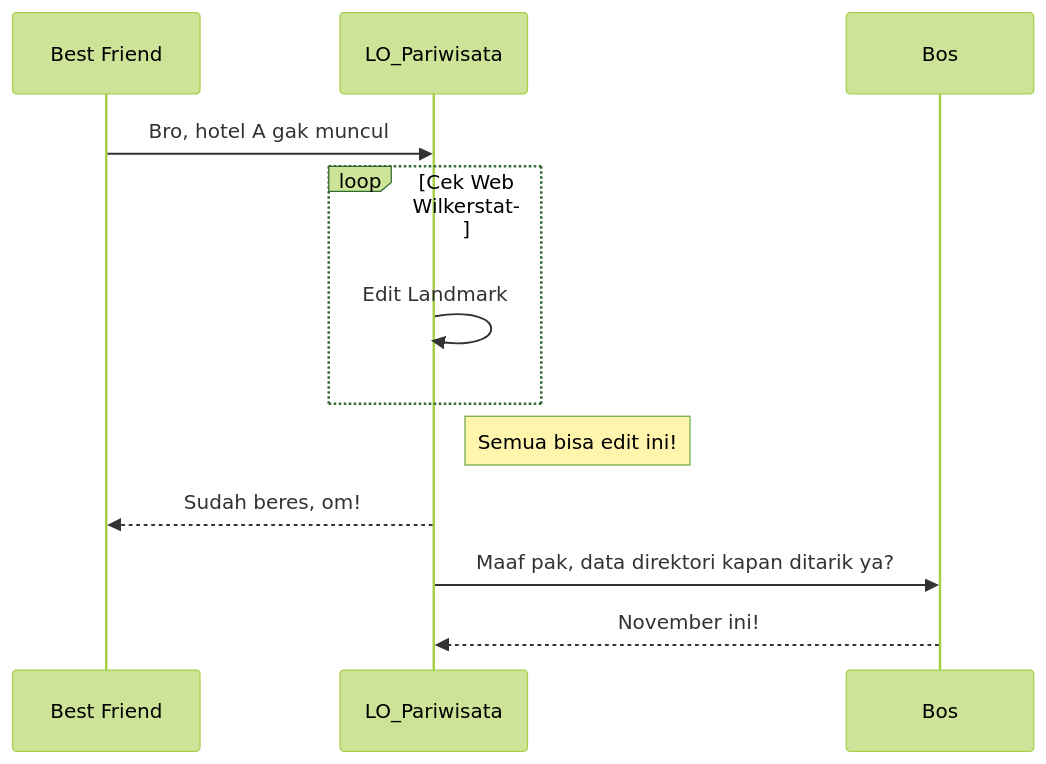
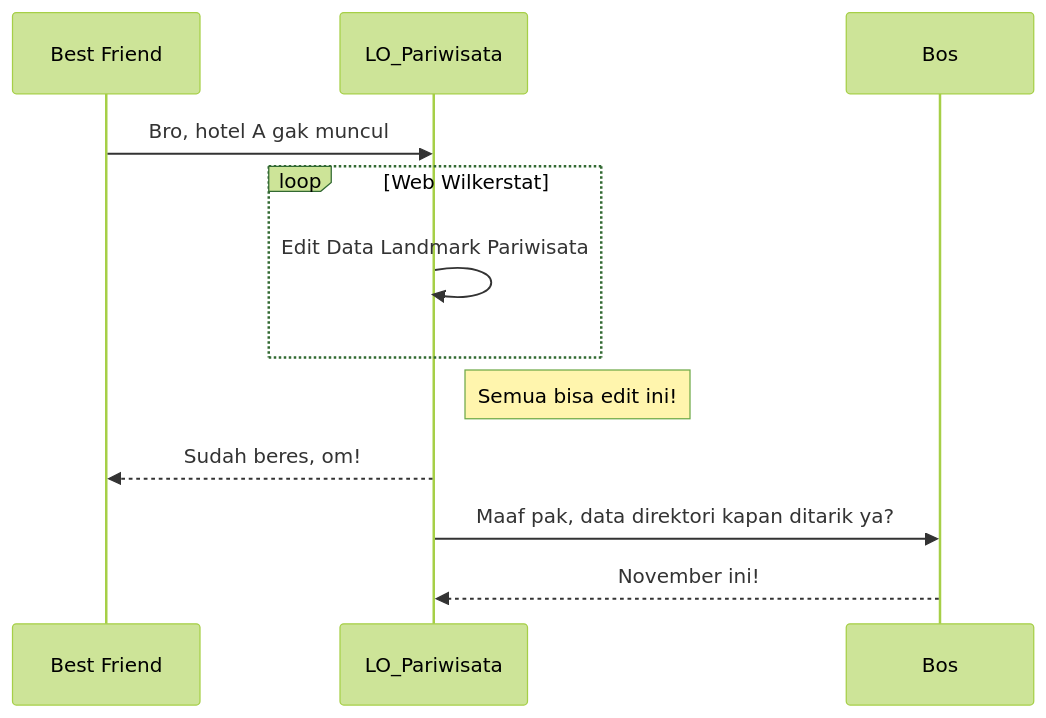
One commit to iwanff1/laughing-nemesis changed the diagram in diagram.md. Above: the diagram before and after it, drawn with Mermaid (forest theme).

````diff
--- a/diagram.md
+++ b/diagram.md
@@ -1,11 +1,11 @@
 ```mermaid
   sequenceDiagram;
   Best Friend->>LO_Pariwisata: Bro, hotel A gak muncul;
-  loop Cek Web Wilkerstat;
-      LO_Pariwisata->>LO_Pariwisata: Edit Landmark;
+  loop Web Wilkerstat;
+      LO_Pariwisata->>LO_Pariwisata: Edit Data Landmark Pariwisata;
   end;
   Note right of LO_Pariwisata: Semua bisa edit ini!;
   LO_Pariwisata-->>Best Friend: Sudah beres, om!;
   LO_Pariwisata->>Bos: Maaf pak, data direktori kapan ditarik ya?;
   Bos-->>LO_Pariwisata: November ini!;
 ```
````
